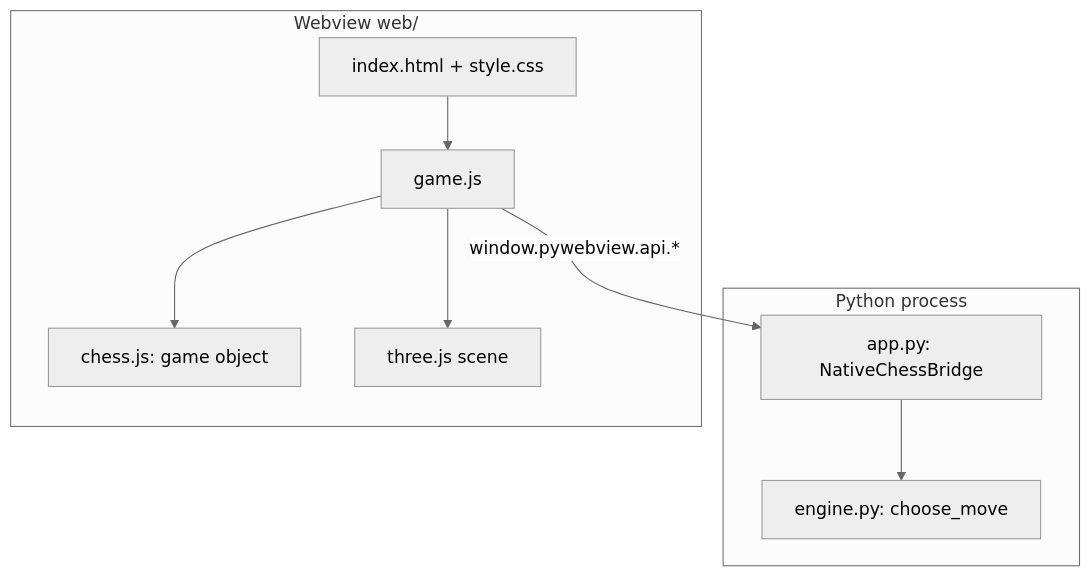
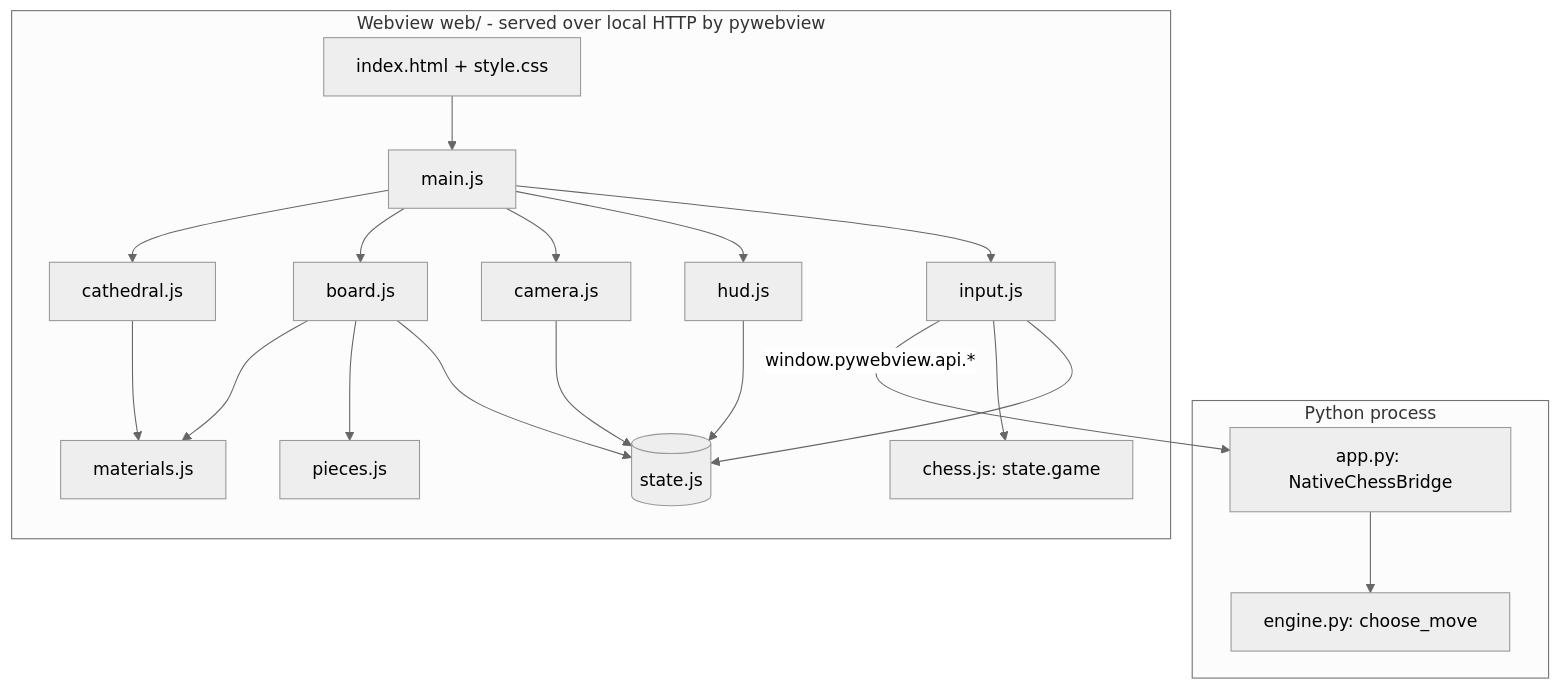
One commit to rockkamal253-NS/wizards_chess changed the diagram in docs/ARCHITECTURE.md. Above: the diagram before and after it, drawn with Mermaid (neutral theme). The commit also changed other lines of this file and 3 other files, not shown here.

````diff
--- a/docs/ARCHITECTURE.md
+++ b/docs/ARCHITECTURE.md
@@ -17,12 +17,15 @@
 ```mermaid
 graph TD
   subgraph Python process
     APP[app.py: NativeChessBridge] --> ENG[engine.py: choose_move]
   end
-  subgraph Webview web/
-    HTML[index.html + style.css] --> GJS[game.js]
-    GJS --> RULES[chess.js: game object]
-    GJS --> THREE[three.js scene]
-    GJS -- "window.pywebview.api.*" --> APP
+  subgraph Webview web/ - served over local HTTP by pywebview
+    HTML[index.html + style.css] --> MAIN[main.js]
+    MAIN --> INPUT[input.js] & HUD[hud.js] & CAM[camera.js] & BOARD[board.js]
+    INPUT & HUD & BOARD & CAM --> STATE[(state.js)]
+    BOARD --> PIECES[pieces.js] & MAT[materials.js]
+    MAIN --> CATH[cathedral.js] --> MAT
+    INPUT --> RULES[chess.js: state.game]
+    INPUT -- "window.pywebview.api.*" --> APP
   end
 ```
````
